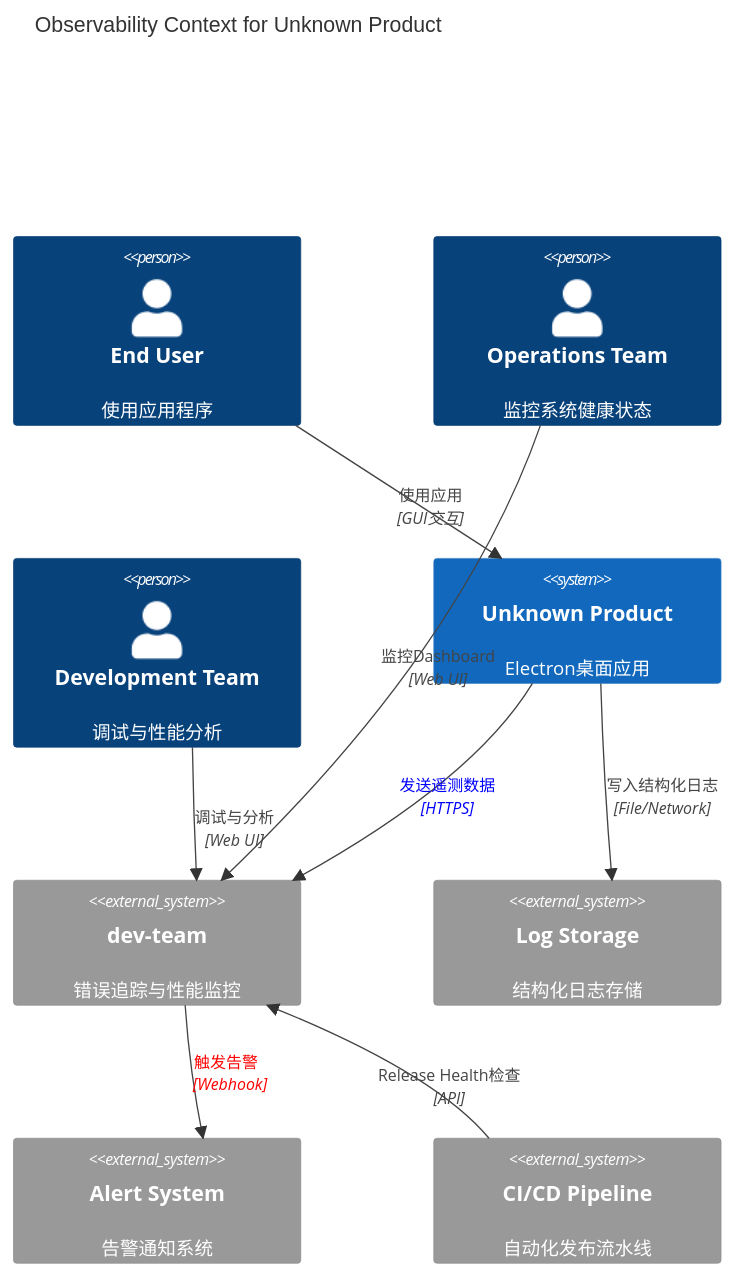
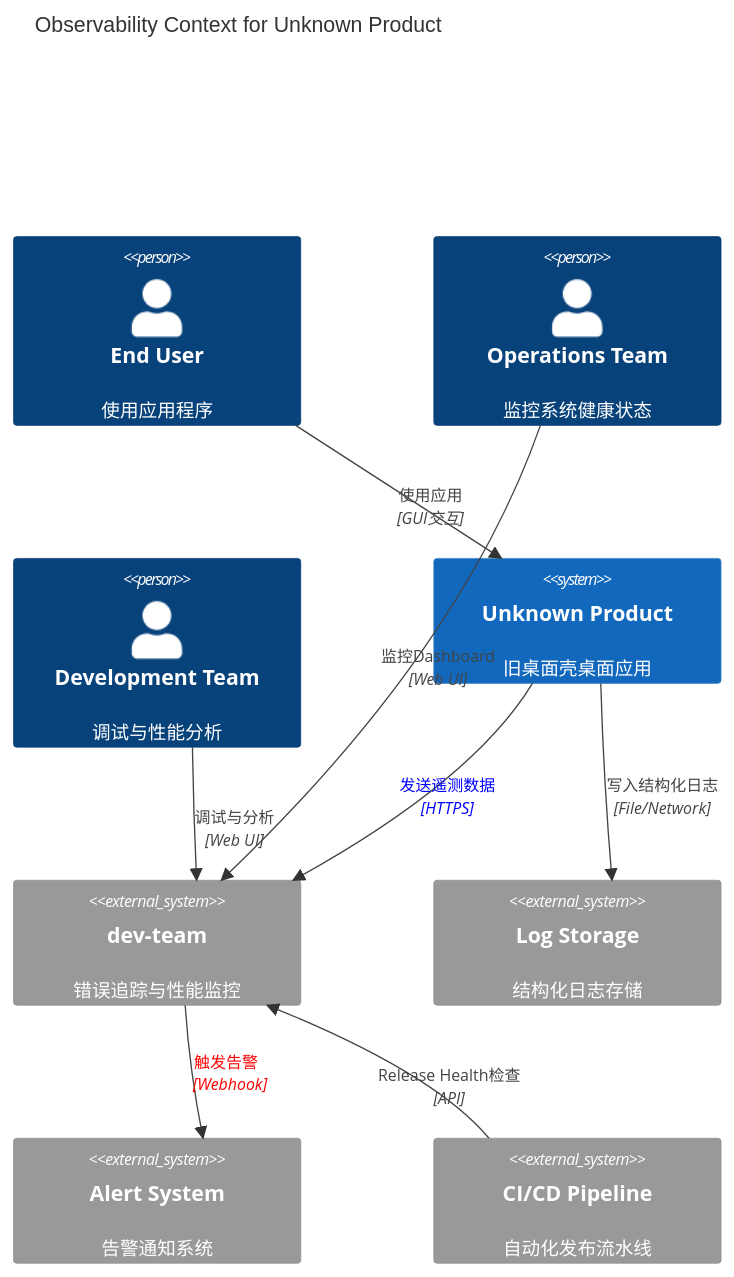
The first of 2 diagrams in docs/architecture/base/03-observability-sentry-logging-v2.md (skyoxu/rouge), drawn with Mermaid before and after one commit. The commit also changed other lines of this file and 96 other files, not shown here.

Commit message:
docs(architecture): converge base/ADR docs and add PRD-rouge-manager overlays

````diff
--- a/docs/architecture/base/03-observability-sentry-logging-v2.md
+++ b/docs/architecture/base/03-observability-sentry-logging-v2.md
@@ -20,22 +20,22 @@
 ```mermaid
 C4Context
     title Observability Context for Unknown Product
     Person(user, "End User", "使用应用程序")
     Person(ops, "Operations Team", "监控系统健康状态")
     Person(dev, "Development Team", "调试与性能分析")
-    System(app, "Unknown Product", "Electron桌面应用")
+    System(app, "Unknown Product", "旧桌面壳桌面应用")
     System_Ext(sentry, "dev-team", "错误追踪与性能监控")
     System_Ext(logs, "Log Storage", "结构化日志存储")
     System_Ext(alerts, "Alert System", "告警通知系统")
     System_Ext(ci, "CI/CD Pipeline", "自动化发布流水线")
 
     Rel(user, app, "使用应用", "GUI交互")
     Rel(app, sentry, "发送遥测数据", "HTTPS")
     Rel(app, logs, "写入结构化日志", "File/Network")
     Rel(sentry, alerts, "触发告警", "Webhook")
     Rel(ops, sentry, "监控Dashboard", "Web UI")
     Rel(dev, sentry, "调试与分析", "Web UI")
     Rel(ci, sentry, "Release Health检查", "API")
     UpdateRelStyle(app, sentry, $textColor="blue", $offsetX="-10")
     UpdateRelStyle(sentry, alerts, $textColor="red", $offsetY="-10")
 ```
````
